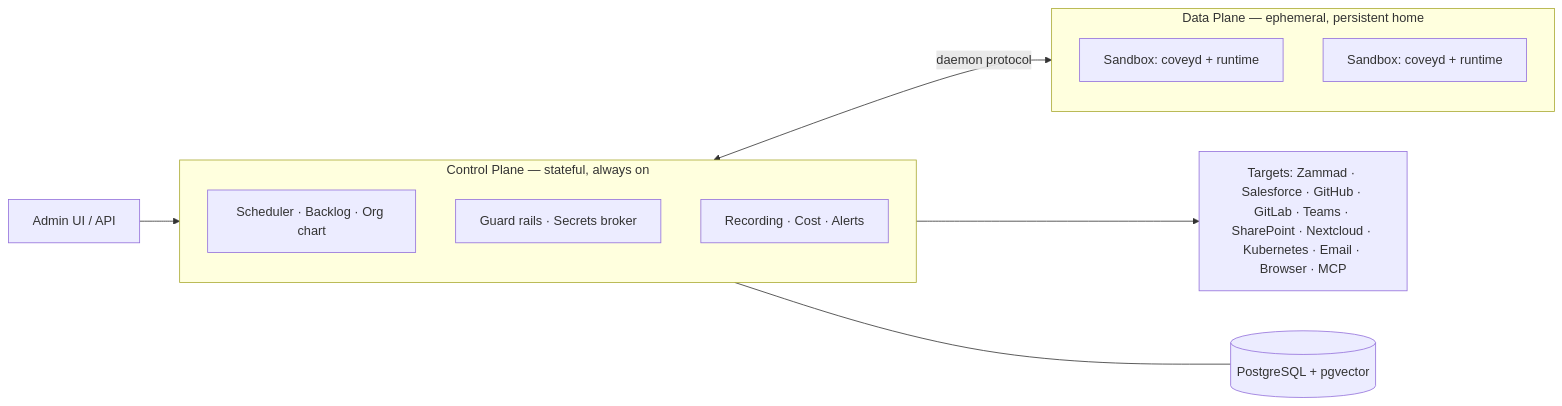
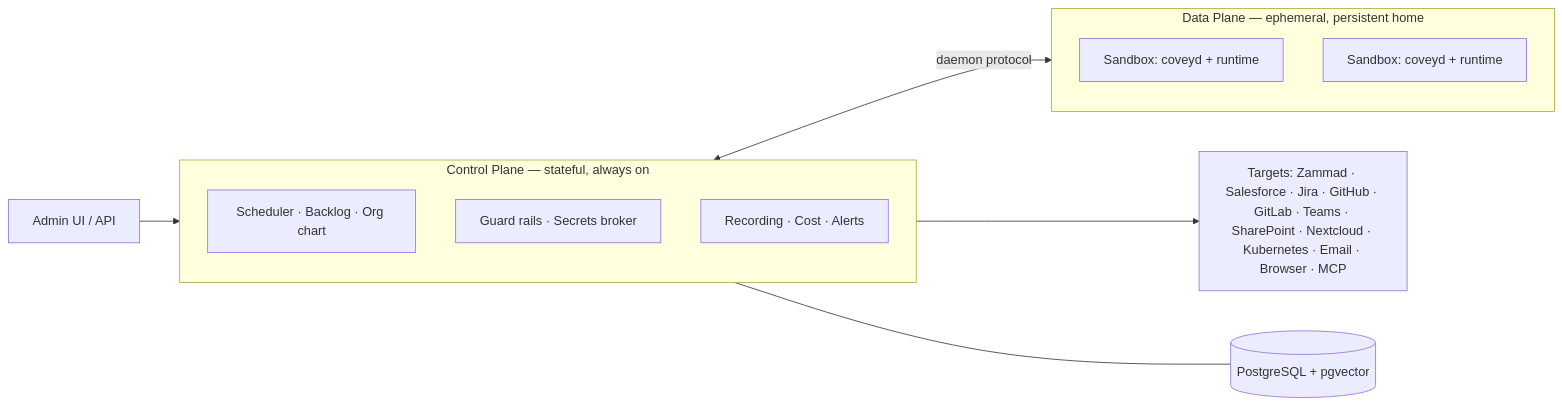
Before and after one commit to benjaminLedel/covey: the diagram in README.md, drawn with Mermaid. The commit also changed other lines of this file and 10 other files, not shown here.

````diff
--- a/README.md
+++ b/README.md
@@ -110,21 +110,21 @@
 ```mermaid
 flowchart LR
     UI["Admin UI / API"] --> CP
 
     subgraph CP["Control Plane — stateful, always on"]
         direction TB
         SCHED["Scheduler · Backlog · Org chart"]
         GUARD["Guard rails · Secrets broker"]
         OBS["Recording · Cost · Alerts"]
     end
 
     subgraph DP["Data Plane — ephemeral, persistent home"]
         direction TB
         S1["Sandbox: coveyd + runtime"]
         S2["Sandbox: coveyd + runtime"]
     end
 
     CP <-->|daemon protocol| DP
-    CP --> TS["Targets: Zammad · Salesforce · GitHub · GitLab · Teams · SharePoint · Nextcloud · Kubernetes · Email · Browser · MCP"]
+    CP --> TS["Targets: Zammad · Salesforce · Jira · GitHub · GitLab · Teams · SharePoint · Nextcloud · Kubernetes · Email · Browser · MCP"]
     CP --- DB[("PostgreSQL + pgvector")]
 ```
````
